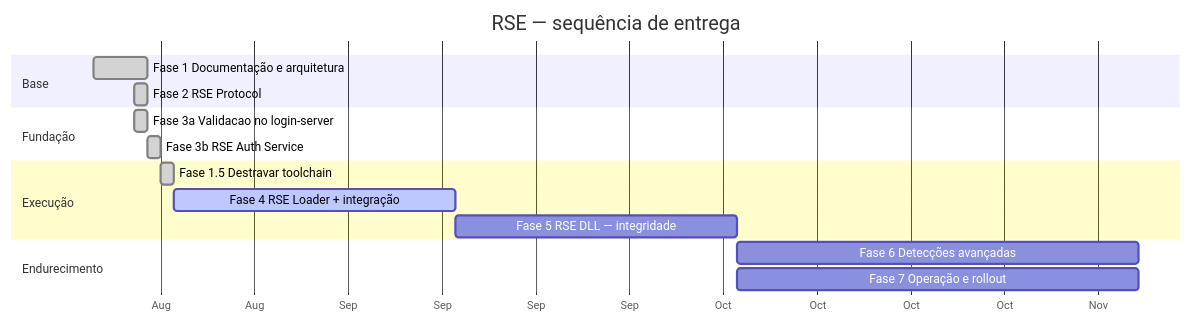
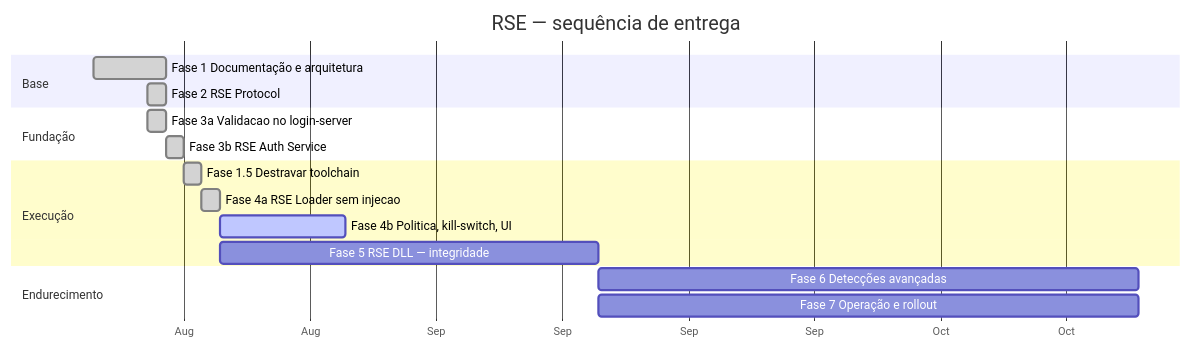
Before and after one commit to phillipelink/ragnalink-patcher: the diagram in docs/ROADMAP.md, drawn with Mermaid. The commit also changed other lines of this file and 27 other files, not shown here.

````diff
--- a/docs/ROADMAP.md
+++ b/docs/ROADMAP.md
@@ -9,19 +9,20 @@
 ```mermaid
 gantt
     title RSE — sequência de entrega
     dateFormat YYYY-MM-DD
     axisFormat %b
     section Base
     Fase 1  Documentação e arquitetura   :done, f1, 2026-08-18, 4d
     Fase 2  RSE Protocol                  :done, f2, 2026-08-21, 1d
     section Fundação
     Fase 3a Validacao no login-server     :done, f3a, 2026-08-21, 1d
     Fase 3b RSE Auth Service              :done, f3b, after f3a, 1d
     section Execução
     Fase 1.5 Destravar toolchain          :done, f15, after f3b, 1d
-    Fase 4  RSE Loader + integração       :active, f4, after f15, 21d
+    Fase 4a RSE Loader sem injecao        :done, f4a, after f15, 1d
+    Fase 4b Politica, kill-switch, UI     :active, f4b, after f4a, 7d
     Fase 5  RSE DLL — integridade         :f5, after f4, 21d
     section Endurecimento
     Fase 6  Detecções avançadas           :f6, after f5, 30d
     Fase 7  Operação e rollout            :f7, after f5, 30d
 ```
````
